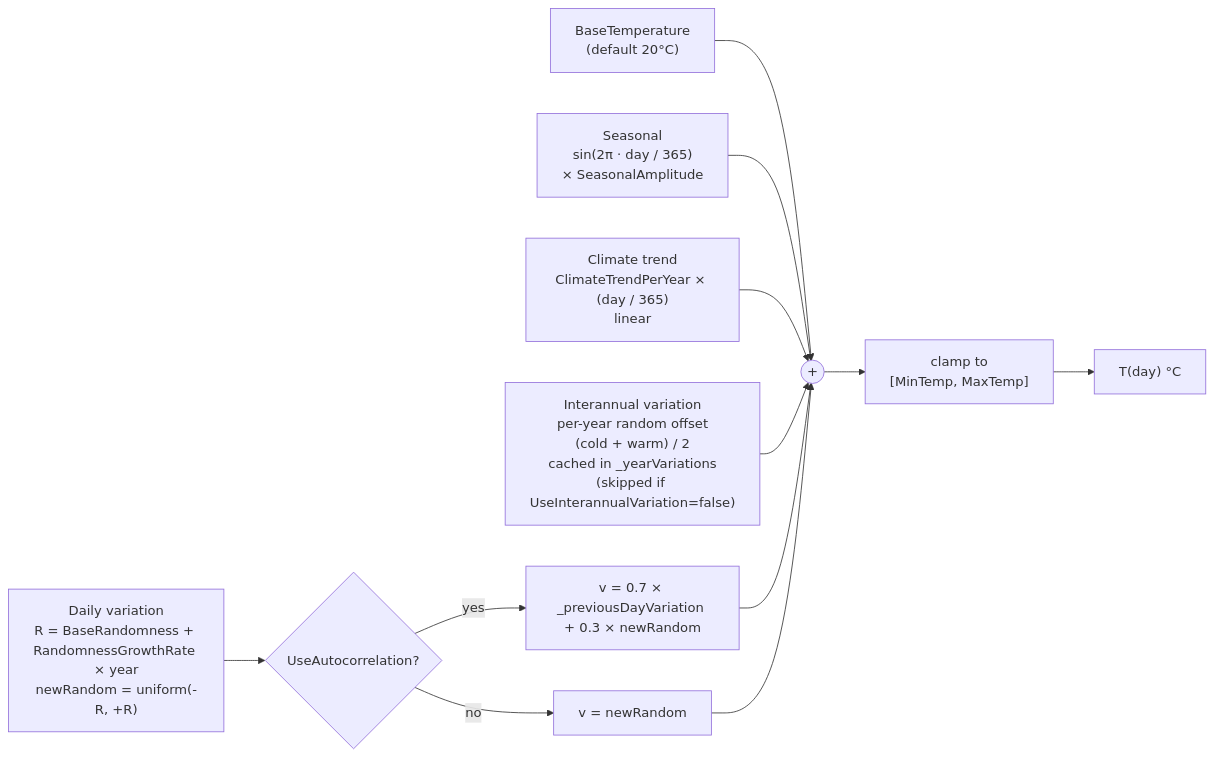
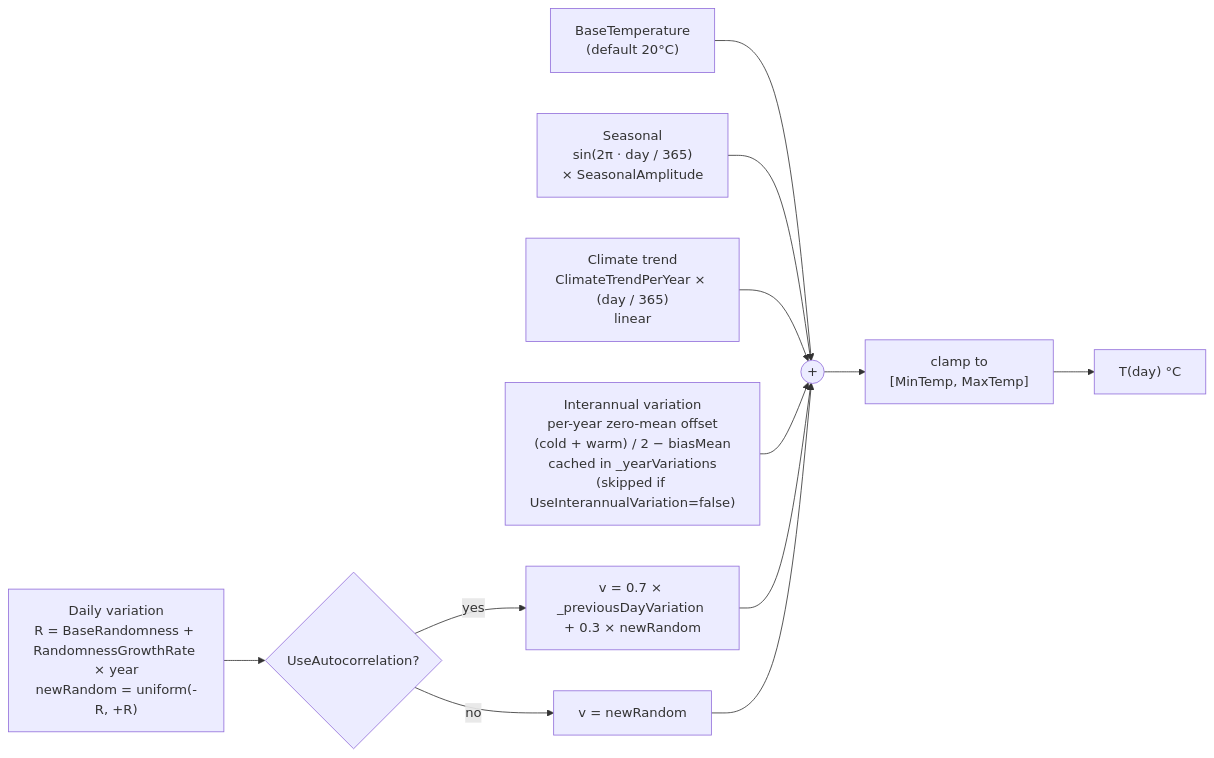
One commit to Ghostlab-Studios/tinysea changed the diagram in docs/diagrams/temperature-model.md. Above: the diagram before and after it, drawn with Mermaid. The commit also changed other lines of this file and 3 other files, not shown here.

First line of the commit message:
Update docs to reflect zero-mean interannual variation (e4119fe)

````diff
--- a/docs/diagrams/temperature-model.md
+++ b/docs/diagrams/temperature-model.md
@@ -5,14 +5,14 @@
 ```mermaid
 flowchart LR
     Base["BaseTemperature<br/>(default 20°C)"] --> Sum(("+"))
     Seasonal["Seasonal<br/>sin(2π · day / 365)<br/>× SeasonalAmplitude"] --> Sum
     Trend["Climate trend<br/>ClimateTrendPerYear × (day / 365)<br/>linear"] --> Sum
-    Inter["Interannual variation<br/>per-year random offset<br/>(cold + warm) / 2<br/>cached in _yearVariations<br/>(skipped if UseInterannualVariation=false)"] --> Sum
+    Inter["Interannual variation<br/>per-year zero-mean offset<br/>(cold + warm) / 2 − biasMean<br/>cached in _yearVariations<br/>(skipped if UseInterannualVariation=false)"] --> Sum
     Daily["Daily variation<br/>R = BaseRandomness + RandomnessGrowthRate × year<br/>newRandom = uniform(-R, +R)"] --> AC{"UseAutocorrelation?"}
     AC -- yes --> Smooth["v = 0.7 × _previousDayVariation + 0.3 × newRandom"]
     AC -- no --> Raw["v = newRandom"]
     Smooth --> Sum
     Raw --> Sum
     Sum --> Clamp["clamp to<br/>[MinTemp, MaxTemp]"]
     Clamp --> Out["T(day) °C"]
 ```
````
